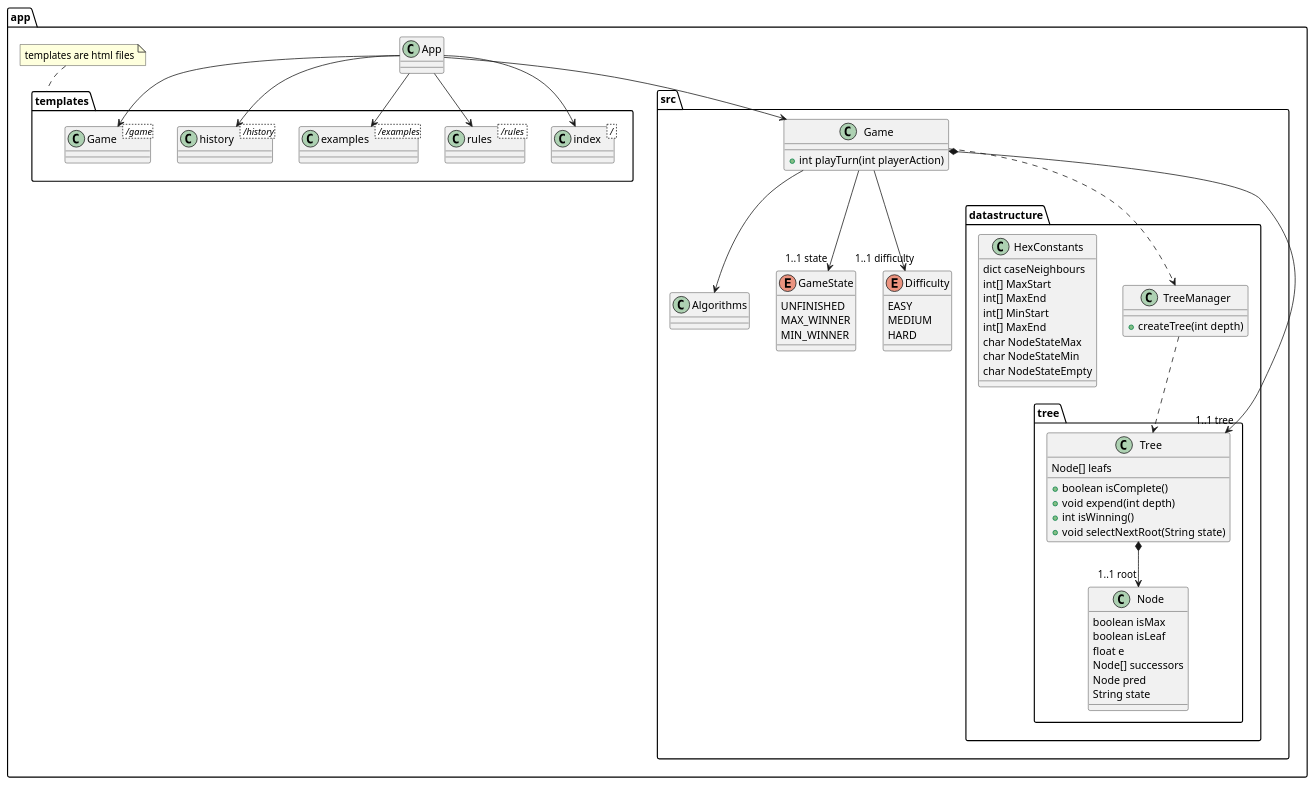
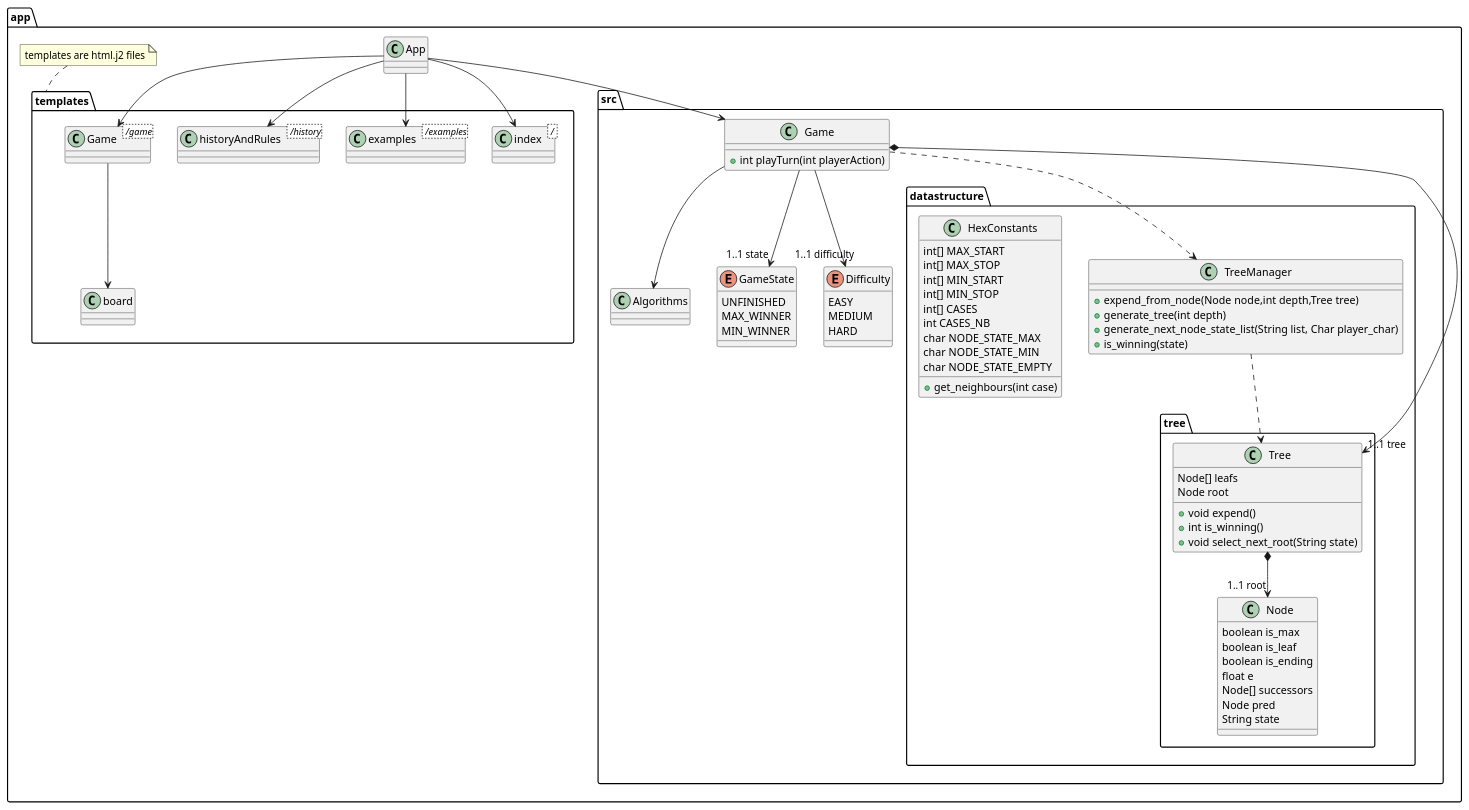
The diagram in diagram.puml (Lucy-Nightgold/Hex), drawn with PlantUML before and after one commit.

Commit message:
updated diagram

```diff
--- a/diagram.puml
+++ b/diagram.puml
@@ -1,105 +1,111 @@
 @startuml
 'https://plantuml.com/class-diagram
 
 package app {
 
     class App
 
     package templates {
 
         class index< <U+002F> >
 
-        class rules < <U+002F>rules >
+        class board
 
         class examples < <U+002F>examples>
 
-        class history < <U+002F>history>
+        class historyAndRules < <U+002F>history>
 
         class Game < <U+002F>game>
 
         App --> index
-        App --> rules
         App --> examples
-        App --> history
+        App --> historyAndRules
         App --> Game
+        Game --> board
     }
 
-    note top of templates: templates are html files
+    note top of templates: templates are html.j2 files
 
     package src {
 
         class Game {
             + int playTurn(int playerAction)
         }
 
         class Algorithms {
         }
 
         package datastructure {
 
             package tree {
 
                 class Tree {
                     Node[] leafs
-                    + boolean isComplete()
-                    + void expend(int depth)
-                    + int isWinning()
-                    + void selectNextRoot(String state)
+                    Node root
+                    + void expend()
+                    + int is_winning()
+                    + void select_next_root(String state)
                 }
 
                 class Node {
-                    boolean isMax
-                    boolean isLeaf
+                    boolean is_max
+                    boolean is_leaf
+                    boolean is_ending
                     float e
                     Node[] successors
                     Node pred
                     String state
                 }
 
                 Tree *--> "1..1 root" Node
             }
 
             class TreeManager {
-                + createTree(int depth)
+                + expend_from_node(Node node,int depth,Tree tree)
+                + generate_tree(int depth)
+                + generate_next_node_state_list(String list, Char player_char)
+                + is_winning(state)
             }
 
             class HexConstants {
-                dict caseNeighbours
-                int[] MaxStart
-                int[] MaxEnd
-                int[] MinStart
-                int[] MaxEnd
-                char NodeStateMax
-                char NodeStateMin
-                char NodeStateEmpty
+                int[] MAX_START
+                int[] MAX_STOP
+                int[] MIN_START
+                int[] MIN_STOP
+                int[] CASES
+                int CASES_NB
+                char NODE_STATE_MAX
+                char NODE_STATE_MIN
+                char NODE_STATE_EMPTY
+                + get_neighbours(int case)
             }
 
             TreeManager ..> Tree
 
         }
 
         Game ..> TreeManager
         Game --> Algorithms
         Game --> "1..1 state" GameState
         Game *--> "1..1 tree" Tree
         Game --> "1..1 difficulty" Difficulty
 
         enum GameState {
             UNFINISHED
             MAX_WINNER
             MIN_WINNER
         }
 
         enum Difficulty {
             EASY
             MEDIUM
             HARD
         }
 
     }
 
     App --> src.Game
 
 }
 
 @enduml
```
